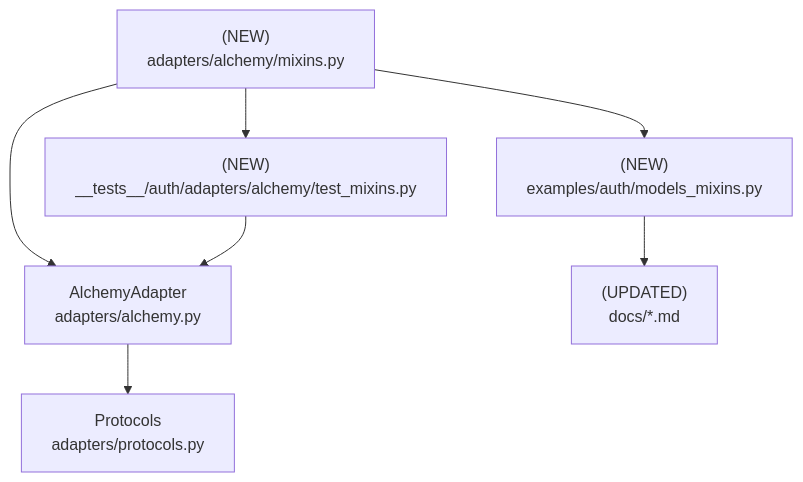
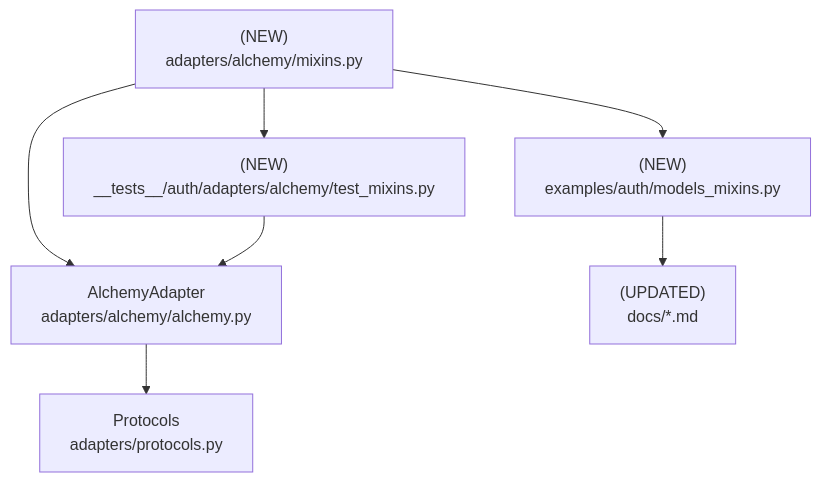
Before and after one commit to mplemay/belgie: the third of 3 diagrams in design/004-sqlalchemy-mixins.md, drawn with Mermaid. The commit also changed other lines of this file, not shown here.

````diff
--- a/design/004-sqlalchemy-mixins.md
+++ b/design/004-sqlalchemy-mixins.md
@@ -109,16 +109,16 @@
 ```mermaid
 graph TD
     Mixins["(NEW)<br/>adapters/alchemy/mixins.py"]
-    Adapter["AlchemyAdapter<br/>adapters/alchemy.py"]
+    Adapter["AlchemyAdapter<br/>adapters/alchemy/alchemy.py"]
     Protocols["Protocols<br/>adapters/protocols.py"]
     Examples["(NEW)<br/>examples/auth/models_mixins.py"]
     Docs["(UPDATED)<br/>docs/*.md"]
     Tests["(NEW)<br/>__tests__/auth/adapters/alchemy/test_mixins.py"]
 
     Mixins --> Adapter
     Mixins --> Examples
     Mixins --> Tests
     Adapter --> Protocols
     Examples --> Docs
     Tests --> Adapter
 ```
````
